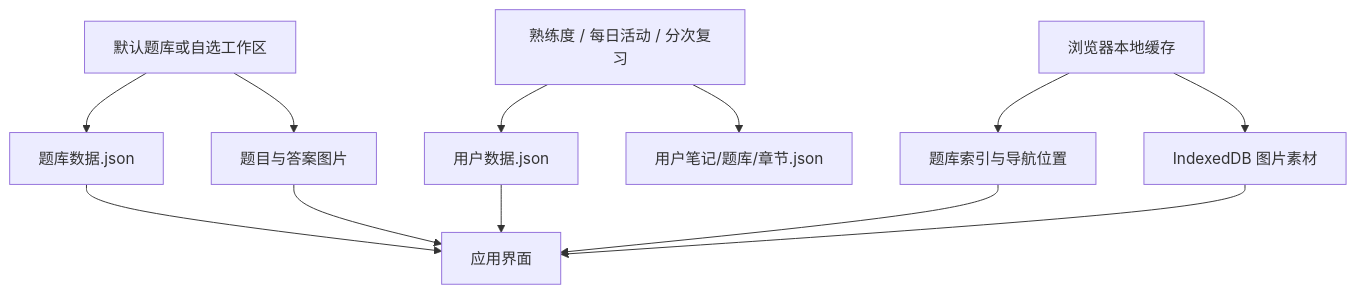
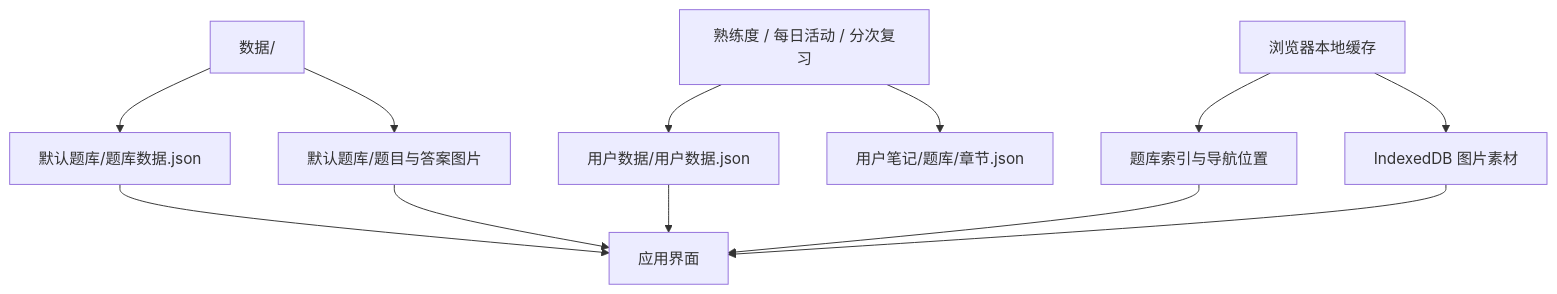
The second of 2 diagrams in README.md (EnderRayven/NPEElearningtool), drawn with Mermaid before and after one commit. The commit also changed other lines of this file and 15211 other files, not shown here.

````diff
--- a/README.md
+++ b/README.md
@@ -353,14 +353,14 @@
 ```mermaid
 flowchart TD
-    A[默认题库或自选工作区] --> B[题库数据.json]
-    A --> C[题目与答案图片]
-    D[熟练度 / 每日活动 / 分次复习] --> E[用户数据.json]
+    A[数据/] --> B[默认题库/题库数据.json]
+    A --> C[默认题库/题目与答案图片]
+    D[熟练度 / 每日活动 / 分次复习] --> E[用户数据/用户数据.json]
     F[浏览器本地缓存] --> G[题库索引与导航位置]
     F --> H[IndexedDB 图片素材]
     D --> J[用户笔记/题库/章节.json]
     B --> I[应用界面]
     C --> I
     E --> I
     G --> I
     H --> I
 ```
````
